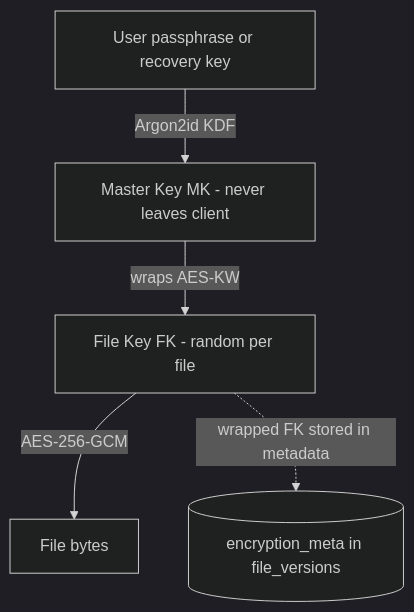
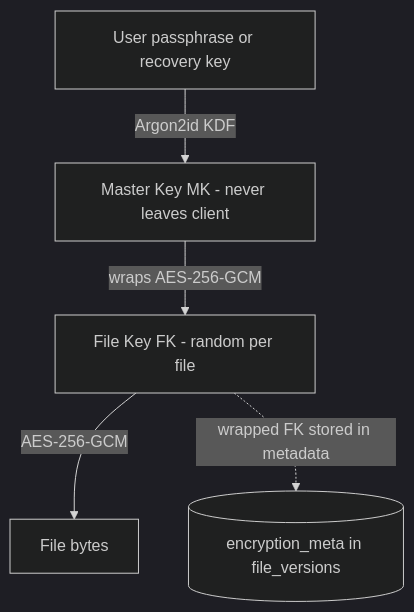
Before and after one commit to Rramka/distributed-storage-platform: the second of 3 diagrams in docs/04-storage-pipeline.md, drawn with Mermaid (dark theme). The commit also changed other lines of this file and 74 other files, not shown here.

````diff
--- a/docs/04-storage-pipeline.md
+++ b/docs/04-storage-pipeline.md
@@ -23,7 +23,7 @@
 ```mermaid
 flowchart TB
     pw[User passphrase or recovery key] -->|Argon2id KDF| mk[Master Key MK - never leaves client]
-    mk -->|wraps AES-KW| fk[File Key FK - random per file]
+    mk -->|wraps AES-256-GCM| fk[File Key FK - random per file]
     fk -->|AES-256-GCM| file[File bytes]
     fk -.->|wrapped FK stored in metadata| meta[(encryption_meta in file_versions)]
 ```
````
